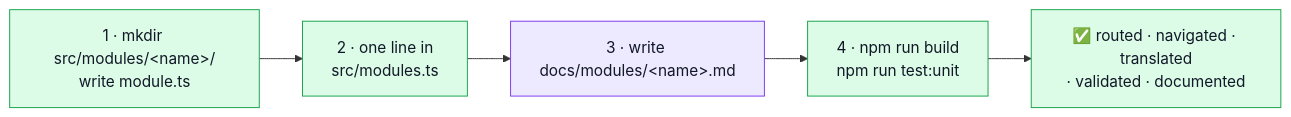
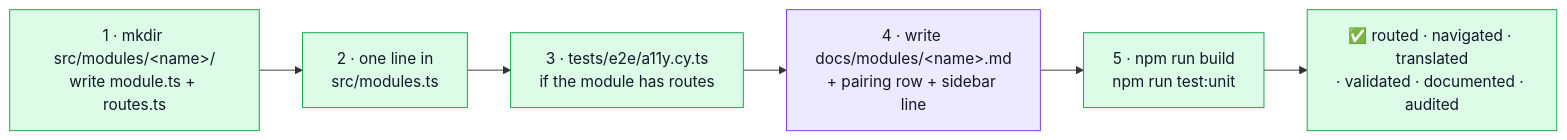
The second of 4 diagrams in docs/theory/module-lifecycle.md (Guebbit/boilerplate-vue-frontend), drawn with Mermaid before and after one commit. The commit also changed other lines of this file and 2 other files, not shown here.

First line of the commit message:
docs(modules): the add-a-module procedure, as the gates really demand it

````diff
--- a/docs/theory/module-lifecycle.md
+++ b/docs/theory/module-lifecycle.md
@@ -51,12 +51,13 @@
 ```mermaid
 %%{init: {'flowchart': {'nodeSpacing': 40, 'rankSpacing': 45}}}%%
 flowchart LR
-    A["1 · mkdir src/modules/&lt;name&gt;/<br/>write module.ts"] --> B["2 · one line in<br/>src/modules.ts"]
-    B --> P["3 · write docs/modules/&lt;name&gt;.md"]
-    P --> C["4 · npm run build<br/>npm run test:unit"]
-    C --> D["✅ routed · navigated · translated<br/>· validated · documented"]
+    A["1 · mkdir src/modules/&lt;name&gt;/<br/>write module.ts + routes.ts"] --> B["2 · one line in<br/>src/modules.ts"]
+    B --> S["3 · tests/e2e/a11y.cy.ts<br/>if the module has routes"]
+    S --> P["4 · write docs/modules/&lt;name&gt;.md<br/>+ pairing row + sidebar line"]
+    P --> C["5 · npm run build<br/>npm run test:unit"]
+    C --> D["✅ routed · navigated · translated<br/>· validated · documented · audited"]
     classDef s fill:#dcfce7,stroke:#16a34a,color:#111827;
     classDef d fill:#ede9fe,stroke:#7c3aed,color:#111827;
-    class A,B,C,D s;
+    class A,B,S,C,D s;
     class P d;
 ```
````
